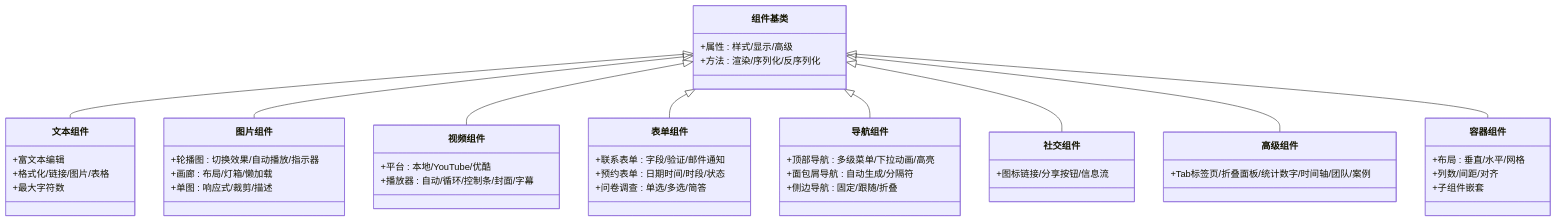
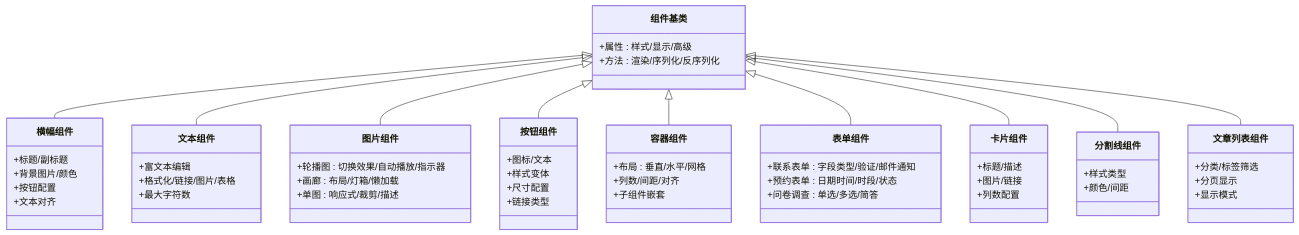
The third of 10 diagrams in .qoder/repowiki/zh/content/前端组件系统/前端组件系统.md (wyg5208/website_diy), drawn with Mermaid before and after one commit. The commit also changed other lines of this file and 7 other files, not shown here.

````diff
--- a/.qoder/repowiki/zh/content/前端组件系统/前端组件系统.md
+++ b/.qoder/repowiki/zh/content/前端组件系统/前端组件系统.md
@@ -169,50 +181,62 @@
 ```mermaid
 classDiagram
 class 组件基类 {
 +属性 : 样式/显示/高级
 +方法 : 渲染/序列化/反序列化
+}
+class 横幅组件 {
++标题/副标题
++背景图片/颜色
++按钮配置
++文本对齐
 }
 class 文本组件 {
 +富文本编辑
 +格式化/链接/图片/表格
 +最大字符数
 }
 class 图片组件 {
 +轮播图 : 切换效果/自动播放/指示器
 +画廊 : 布局/灯箱/懒加载
 +单图 : 响应式/裁剪/描述
 }
-class 视频组件 {
-+平台 : 本地/YouTube/优酷
-+播放器 : 自动/循环/控制条/封面/字幕
-}
-class 表单组件 {
-+联系表单 : 字段/验证/邮件通知
-+预约表单 : 日期时间/时段/状态
-+问卷调查 : 单选/多选/简答
-}
-class 导航组件 {
-+顶部导航 : 多级菜单/下拉动画/高亮
-+面包屑导航 : 自动生成/分隔符
-+侧边导航 : 固定/跟随/折叠
-}
-class 社交组件 {
-+图标链接/分享按钮/信息流
-}
-class 高级组件 {
-+Tab标签页/折叠面板/统计数字/时间轴/团队/案例
+class 按钮组件 {
++图标/文本
++样式变体
++尺寸配置
++链接类型
 }
 class 容器组件 {
 +布局 : 垂直/水平/网格
 +列数/间距/对齐
 +子组件嵌套
 }
+class 表单组件 {
++联系表单 : 字段类型/验证/邮件通知
++预约表单 : 日期时间/时段/状态
++问卷调查 : 单选/多选/简答
+}
+class 卡片组件 {
++标题/描述
++图片/链接
++列数配置
+}
+class 分割线组件 {
++样式类型
++颜色/间距
+}
+class 文章列表组件 {
++分类/标签筛选
++分页显示
++显示模式
+}
+组件基类 <|-- 横幅组件
 组件基类 <|-- 文本组件
 组件基类 <|-- 图片组件
-组件基类 <|-- 视频组件
+组件基类 <|-- 按钮组件
+组件基类 <|-- 容器组件
 组件基类 <|-- 表单组件
-组件基类 <|-- 导航组件
-组件基类 <|-- 社交组件
-组件基类 <|-- 高级组件
-组件基类 <|-- 容器组件
+组件基类 <|-- 卡片组件
+组件基类 <|-- 分割线组件
+组件基类 <|-- 文章列表组件
 ```
````
